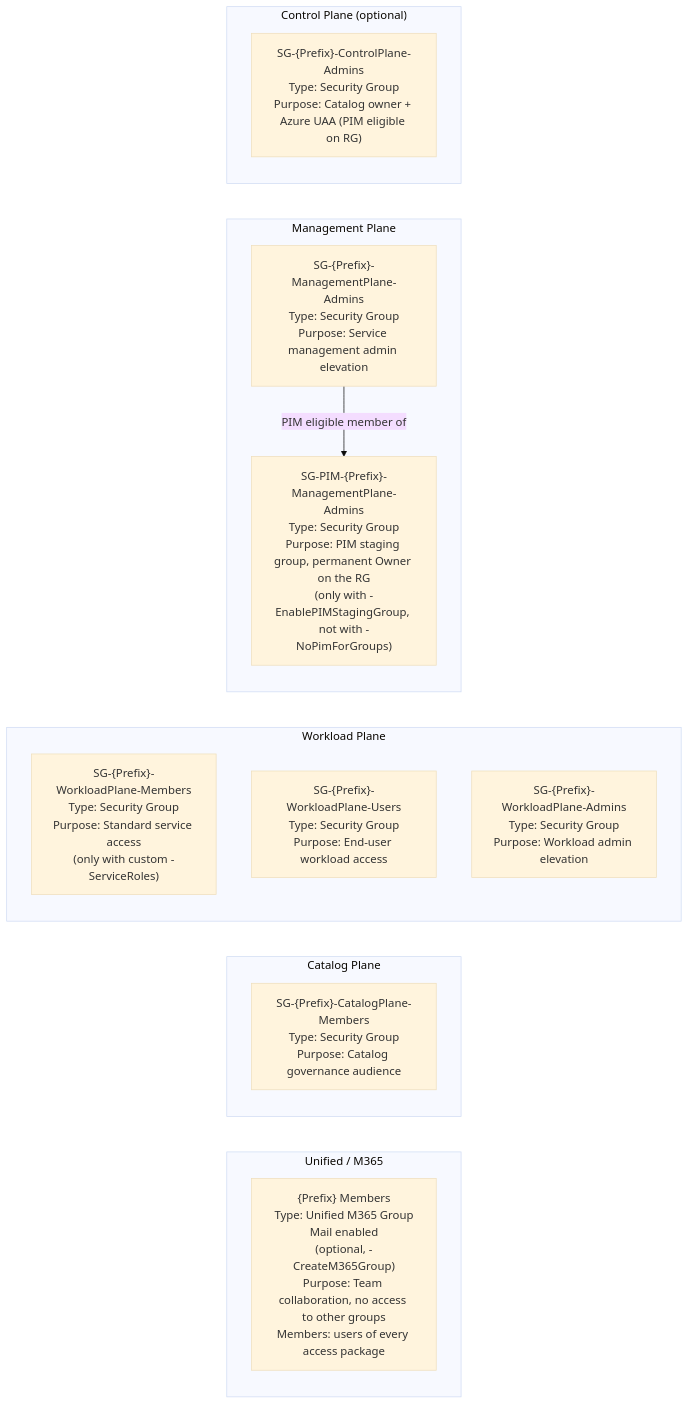
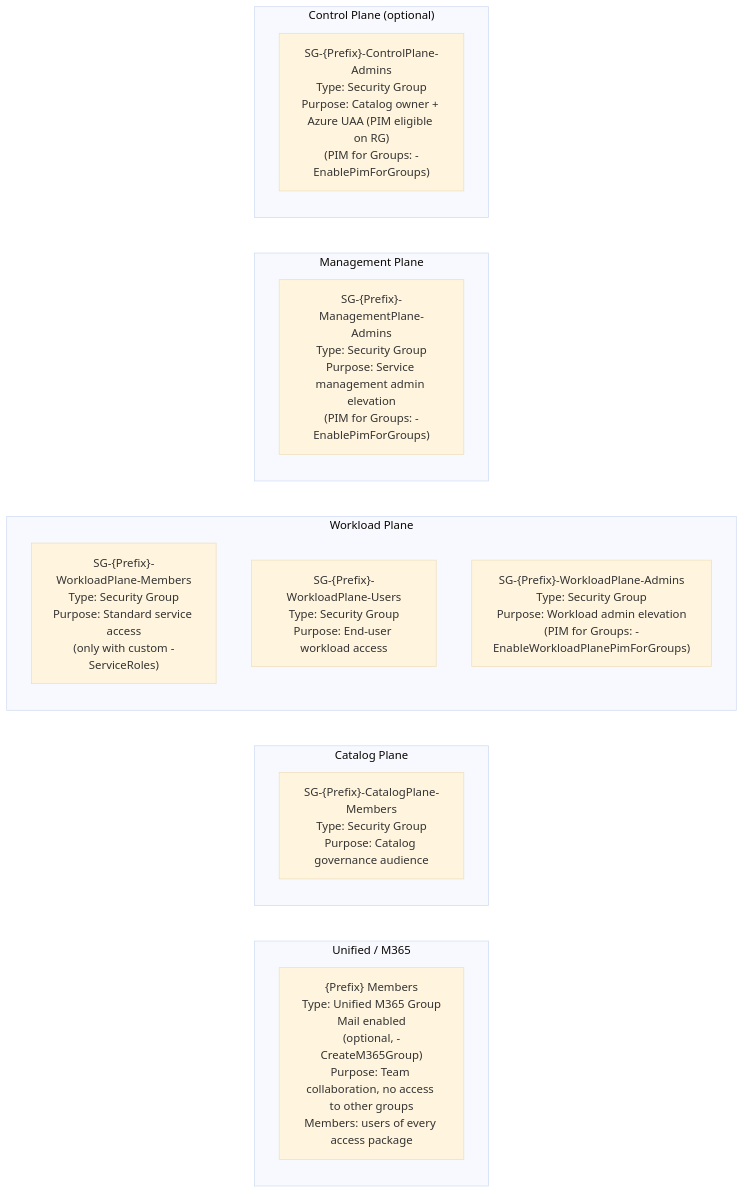
Before and after one commit to Cloud-Architekt/EntraOps: the second of 7 diagrams in Docs/content/service-em-landing-zone-visualization.md, drawn with Mermaid (base theme). The commit also changed other lines of this file and 17 other files, not shown here.

First line of the commit message:
Refactor ServiceEM tests to improve PIM for Groups handling and group ownership validation

````diff
--- a/Docs/content/service-em-landing-zone-visualization.md
+++ b/Docs/content/service-em-landing-zone-visualization.md
@@ -170,28 +165,24 @@
 ```mermaid
 flowchart LR
     subgraph UNIFIED["Unified / M365"]
         G_Unified["{Prefix} Members\nType: Unified M365 Group\nMail enabled\n(optional, -CreateM365Group)\nPurpose: Team collaboration, no access to other groups\nMembers: users of every access package"]
     end
 
     subgraph CP_PL["Catalog Plane"]
         G_CP["SG-{Prefix}-CatalogPlane-Members\nType: Security Group\nPurpose: Catalog governance audience"]
     end
 
     subgraph WP_PL["Workload Plane"]
         G_WP_Mbr["SG-{Prefix}-WorkloadPlane-Members\nType: Security Group\nPurpose: Standard service access\n(only with custom -ServiceRoles)"]
         G_WP_Usr["SG-{Prefix}-WorkloadPlane-Users\nType: Security Group\nPurpose: End-user workload access"]
-        G_WP_Adm["SG-{Prefix}-WorkloadPlane-Admins\nType: Security Group\nPurpose: Workload admin elevation"]
+        G_WP_Adm["SG-{Prefix}-WorkloadPlane-Admins\nType: Security Group\nPurpose: Workload admin elevation\n(PIM for Groups: -EnableWorkloadPlanePimForGroups)"]
     end
 
     subgraph MP_PL["Management Plane"]
-        G_MP_Adm["SG-{Prefix}-ManagementPlane-Admins\nType: Security Group\nPurpose: Service management admin elevation"]
-        G_PIM["SG-PIM-{Prefix}-ManagementPlane-Admins\nType: Security Group\nPurpose: PIM staging group, permanent Owner on the RG\n(only with -EnablePIMStagingGroup, not with -NoPimForGroups)"]
+        G_MP_Adm["SG-{Prefix}-ManagementPlane-Admins\nType: Security Group\nPurpose: Service management admin elevation\n(PIM for Groups: -EnablePimForGroups)"]
     end
 
     subgraph CTRL_PL["Control Plane (optional)"]
-        G_Ctrl["SG-{Prefix}-ControlPlane-Admins\nType: Security Group\nPurpose: Catalog owner + Azure UAA (PIM eligible on RG)"]
+        G_Ctrl["SG-{Prefix}-ControlPlane-Admins\nType: Security Group\nPurpose: Catalog owner + Azure UAA (PIM eligible on RG)\n(PIM for Groups: -EnablePimForGroups)"]
     end
-
-    %% PIM for Groups eligibilities (only with -EnablePIMStagingGroup)
-    G_MP_Adm  -->|"PIM eligible member of"| G_PIM
 ```
````
